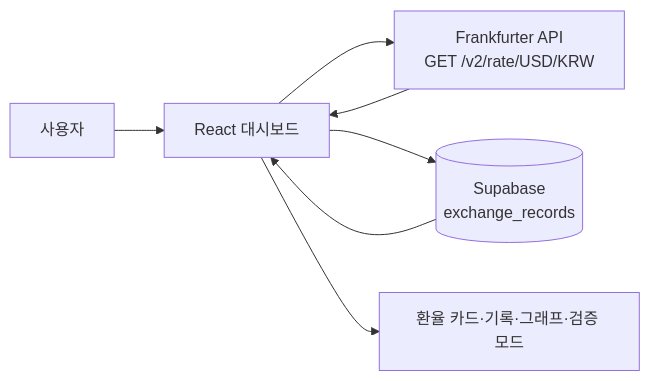
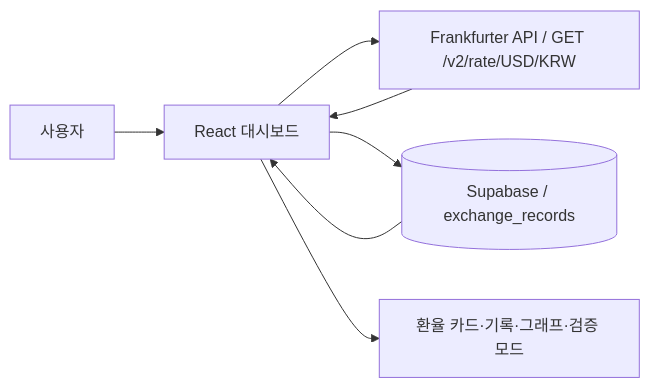
The diagram in README.md (Gilin03/exchange-rate-dashboard), drawn with Mermaid before and after one commit. The commit also changed other lines of this file and 3 other files, not shown here.

````diff
--- a/README.md
+++ b/README.md
@@ -41,9 +49,9 @@
 ```mermaid
 flowchart LR
     User["사용자"] --> App["React 대시보드"]
-    App --> API["Frankfurter API\nGET /v2/rate/USD/KRW"]
+    App --> API["Frankfurter API / GET /v2/rate/USD/KRW"]
     API --> App
-    App --> DB[("Supabase\nexchange_records")]
+    App --> DB[("Supabase / exchange_records")]
     DB --> App
     App --> View["환율 카드·기록·그래프·검증 모드"]
 ```
````
